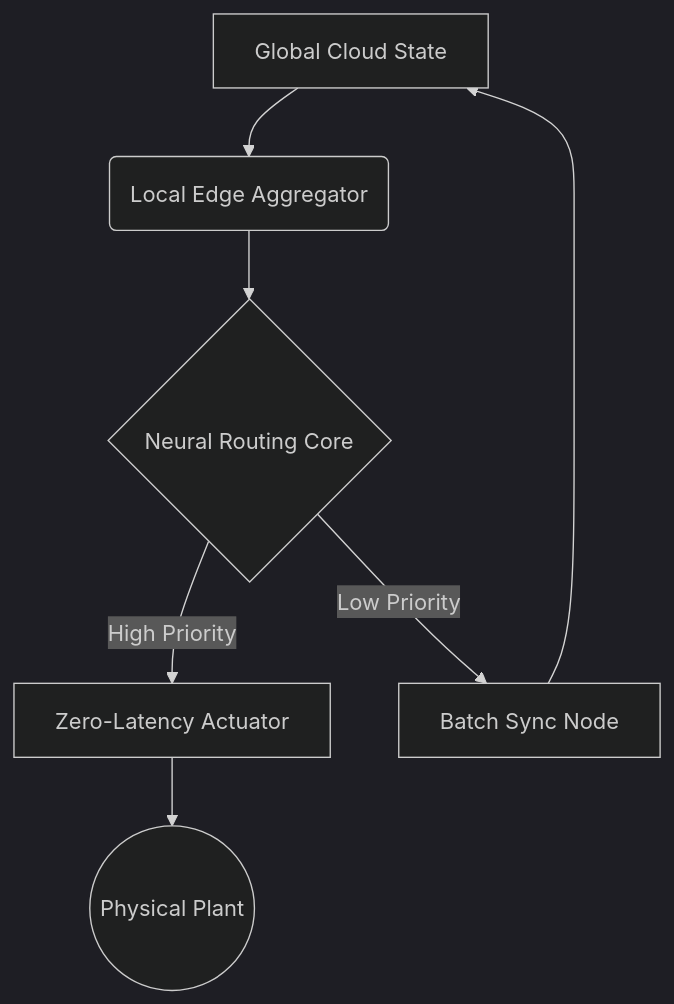
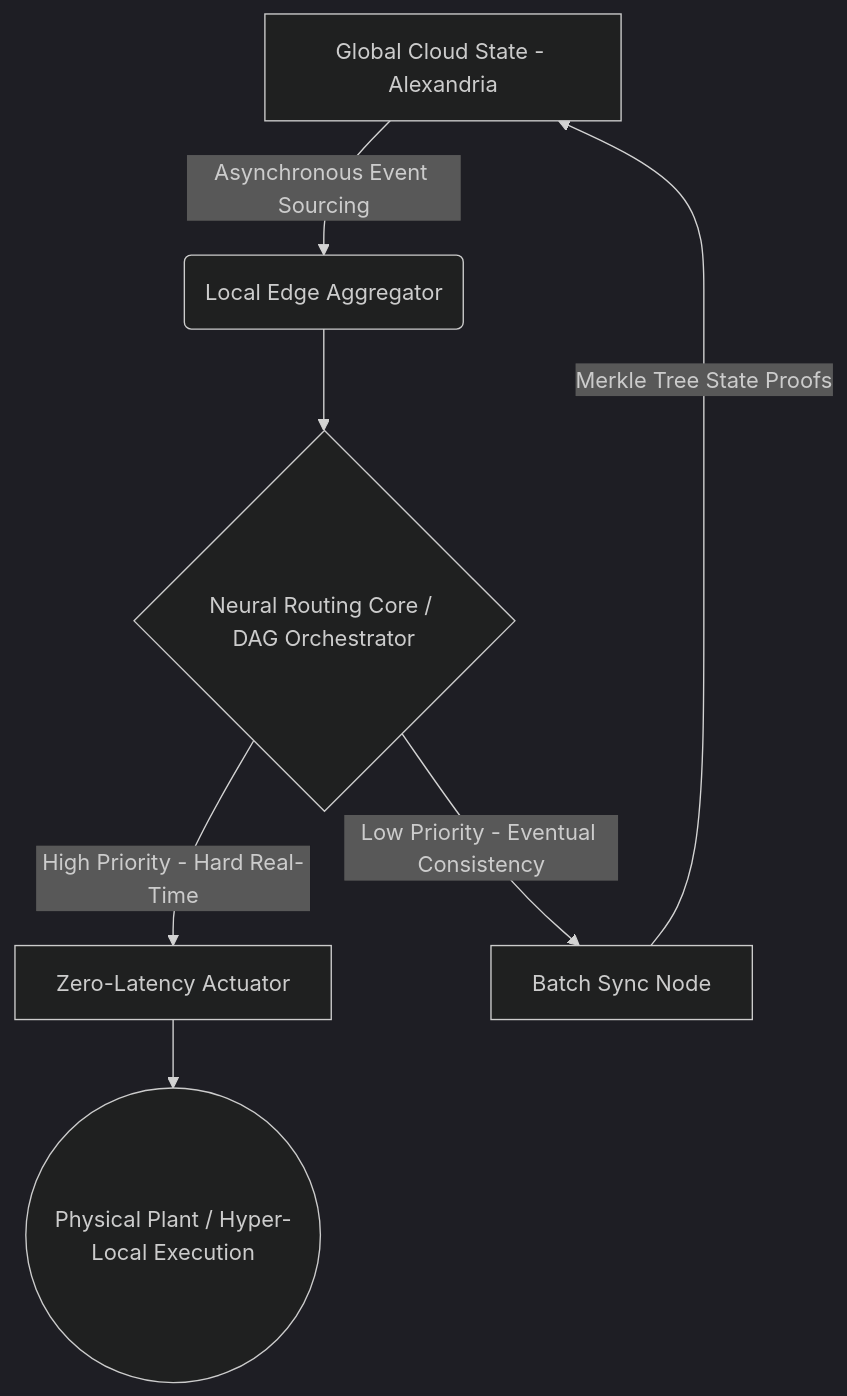
The diagram in 45-Architecture-Hybride-Jules/README.md (lordmahonheim-bot/Tesla-Antigravity-CLI), drawn with Mermaid (dark theme) before and after one commit. The commit also changed other lines of this file and 2 other files, not shown here.

````diff
--- a/45-Architecture-Hybride-Jules/README.md
+++ b/45-Architecture-Hybride-Jules/README.md
@@ -10,9 +12,9 @@
 ```mermaid
 graph TD
-    A[Global Cloud State] --> B(Local Edge Aggregator)
-    B --> C{Neural Routing Core}
-    C -->|High Priority| D[Zero-Latency Actuator]
-    C -->|Low Priority| E[Batch Sync Node]
-    D --> F((Physical Plant))
-    E --> A
+    A[Global Cloud State - Alexandria] -->|Asynchronous Event Sourcing| B(Local Edge Aggregator)
+    B --> C{Neural Routing Core / DAG Orchestrator}
+    C -->|High Priority - Hard Real-Time| D[Zero-Latency Actuator]
+    C -->|Low Priority - Eventual Consistency| E[Batch Sync Node]
+    D --> F((Physical Plant / Hyper-Local Execution))
+    E -->|Merkle Tree State Proofs| A
 ```
````
